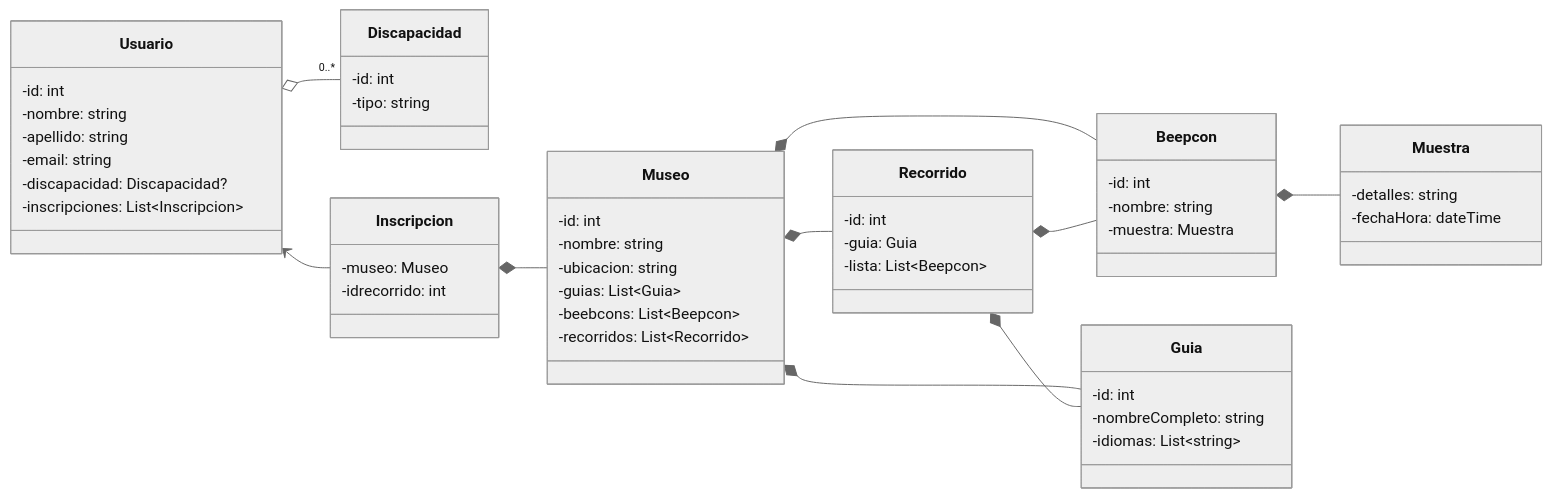
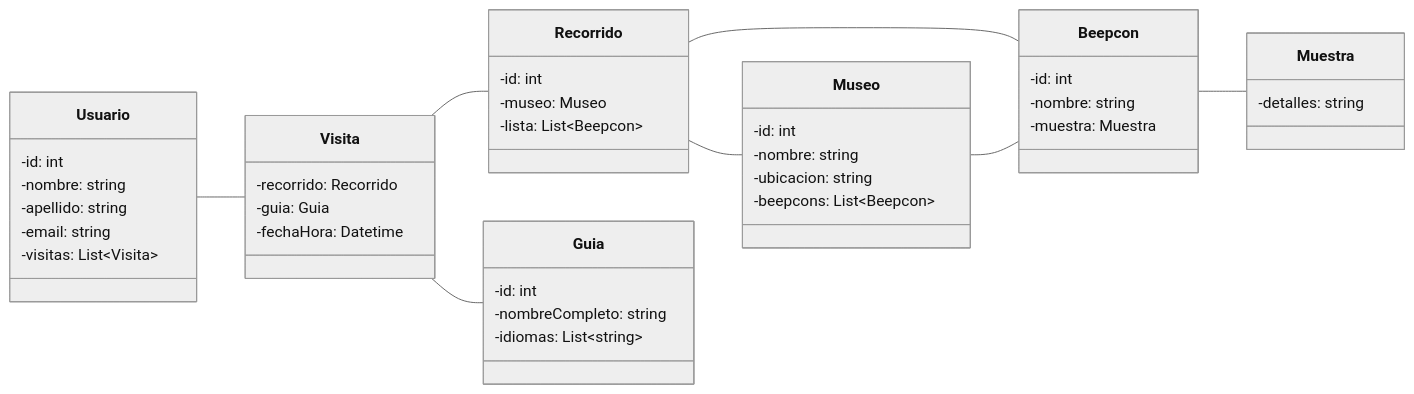
The diagram in Core/UML.md (MMorandiniGit/ONETP2022), drawn with Mermaid (neutral theme) before and after one commit.

````diff
--- a/Core/UML.md
+++ b/Core/UML.md
@@ -1,69 +1,62 @@
 ```mermaid
 classDiagram
     direction LR
+
+    class Usuario{
+        -id: int
+        -nombre: string
+        -apellido: string
+        -email: string
+        -visitas: List~Visita~
+    }
+    
+    class Visita{
+        -recorrido: Recorrido
+        -guia: Guia
+        -fechaHora: Datetime
+    }
+
+    class Recorrido{
+        -id: int
+        -museo: Museo
+        -lista: List~Beepcon~
+    }
+
+    class Guia{
+        -id: int
+        -nombreCompleto: string
+        -idiomas: List~string~
+    }
+
     class Museo{
         -id: int
         -nombre: string
         -ubicacion: string
-        -guias: List~Guia~
-        -beebcons: List~Beepcon~
-        -recorridos: List~Recorrido~
+        -beepcons: List~Beepcon~
     }
 
     class Beepcon{
         -id: int
         -nombre: string
         -muestra: Muestra
     }
 
     class Muestra{
         -detalles: string
-        -fechaHora: dateTime
     }
 
-    class Recorrido{
-        -id: int
-        -guia: Guia
-        -lista: List~Beepcon~
-    }
+    Usuario -- Visita
 
-    class Usuario{
-        -id: int
-        -nombre: string
-        -apellido: string
-        -email: string
-        -discapacidad: Discapacidad?
-        -inscripciones: List~Inscripcion~
-    }
+    Visita -- Recorrido
 
-    class Discapacidad{
-        -id: int
-        -tipo: string
-    }
+    Visita -- Guia
 
-    class Guia{
-        -id: int
-        -nombreCompleto: string
-        -idiomas: List~string~
-    }
+    Recorrido -- Beepcon
 
-    class Inscripcion{
-        -museo: Museo
-        -idrecorrido: int
+    Museo -- Beepcon
 
-    }
+    Recorrido -- Museo
 
-    Museo *-- Beepcon
-    Museo *-- Recorrido
-    Museo *-- Guia
+    Beepcon -- Muestra
 
-    Inscripcion *-- Museo
-
-    Recorrido *-- Guia
-    Recorrido *-- Beepcon
-
-    Beepcon *-- Muestra
-
-    Usuario o-- "0..*" Discapacidad
-    Usuario <-- Inscripcion
 ```
````
